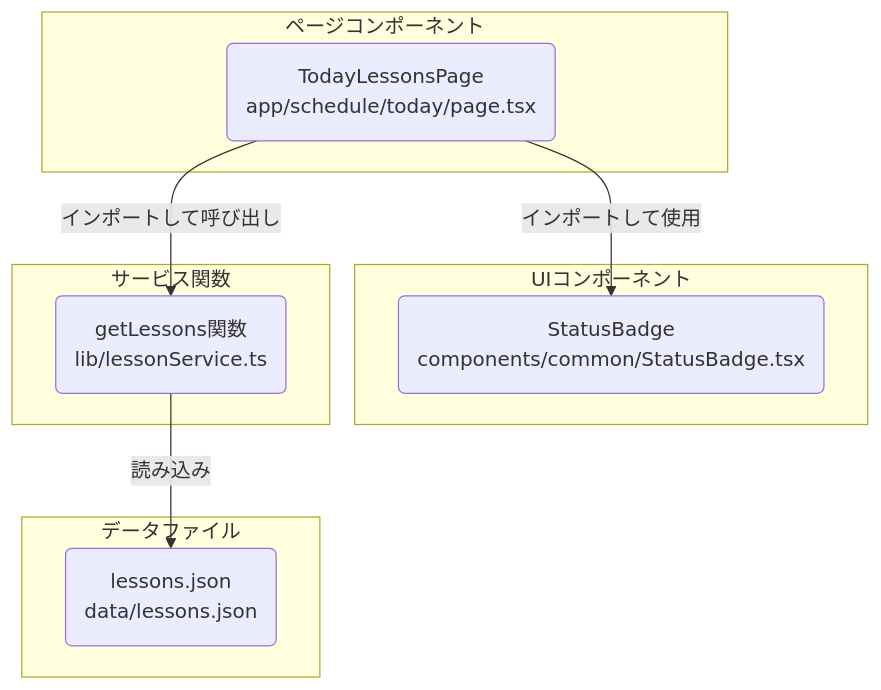
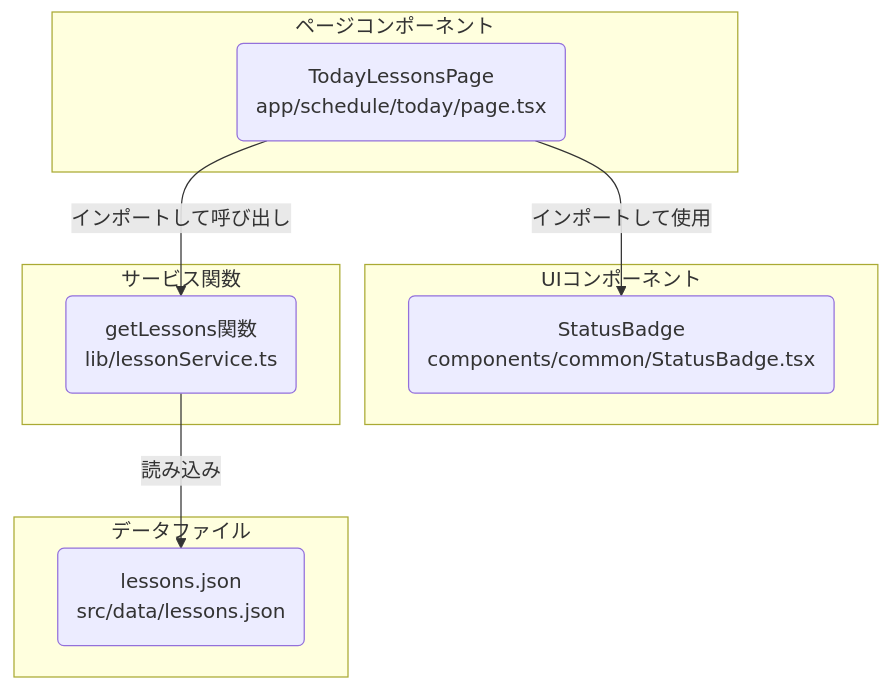
The diagram in docs/02_基本設計/基本設計.md (hideyuki-code/DocDD_POC), drawn with Mermaid before and after one commit. The commit also changed other lines of this file and 3 other files, not shown here.

````diff
--- a/docs/02_基本設計/基本設計.md
+++ b/docs/02_基本設計/基本設計.md
@@ -31,22 +31,22 @@
 ```mermaid
 graph TD
     subgraph P [ページコンポーネント]
         TodayLessonsPage("TodayLessonsPage<br>app/schedule/today/page.tsx")
     end
 
     subgraph U [UIコンポーネント]
         StatusBadge("StatusBadge<br>components/common/StatusBadge.tsx")
     end
 
     subgraph S [サービス関数]
         LessonService("getLessons関数<br>lib/lessonService.ts")
     end
 
     subgraph D [データファイル]
-        LessonsJSON("lessons.json<br>data/lessons.json")
+        LessonsJSON("lessons.json<br>src/data/lessons.json")
     end
 
     TodayLessonsPage -- "インポートして使用" --> StatusBadge
     TodayLessonsPage -- "インポートして呼び出し" --> LessonService
     LessonService -- "読み込み" --> LessonsJSON
 ```
````
